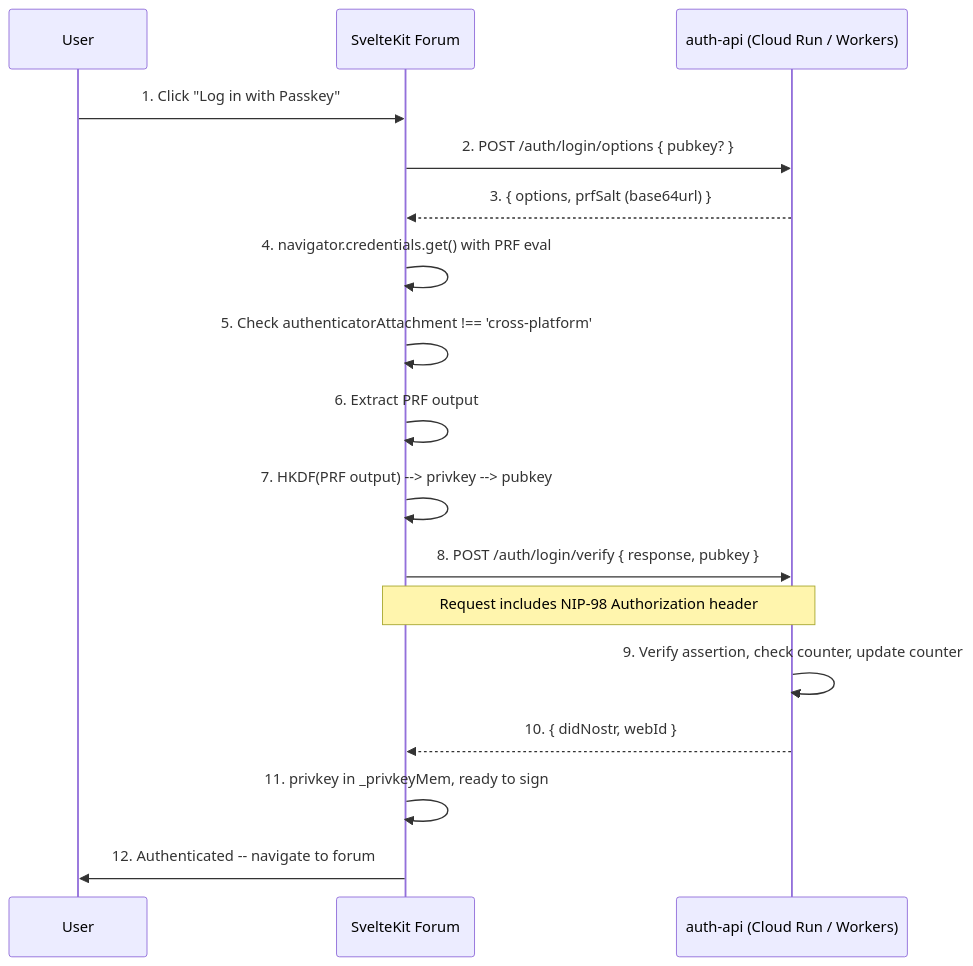
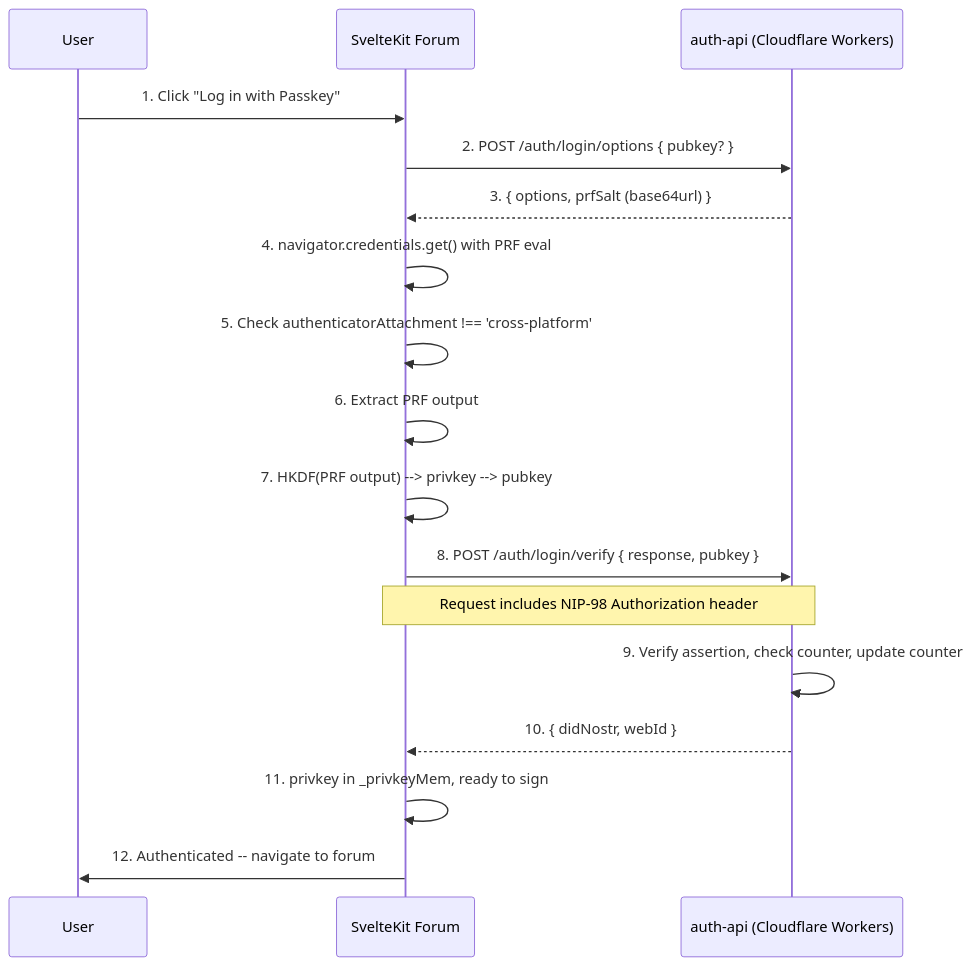
The second of 2 diagrams in docs/features/authentication.md (DreamLab-AI/dreamlab-ai-website), drawn with Mermaid before and after one commit. The commit also changed other lines of this file and 36 other files, not shown here.

First line of the commit message:
Update 37 docs files: remove GCP references, reflect Cloudflare Workers architecture

````diff
--- a/docs/features/authentication.md
+++ b/docs/features/authentication.md
@@ -103,23 +103,23 @@
 ```mermaid
 sequenceDiagram
     participant User
     participant Client as SvelteKit Forum
-    participant AuthAPI as auth-api (Cloud Run / Workers)
+    participant AuthAPI as auth-api (Cloudflare Workers)
 
     User->>Client: 1. Click "Log in with Passkey"
     Client->>AuthAPI: 2. POST /auth/login/options { pubkey? }
     AuthAPI-->>Client: 3. { options, prfSalt (base64url) }
 
     Client->>Client: 4. navigator.credentials.get() with PRF eval
     Client->>Client: 5. Check authenticatorAttachment !== 'cross-platform'
     Client->>Client: 6. Extract PRF output
     Client->>Client: 7. HKDF(PRF output) --> privkey --> pubkey
 
     Client->>AuthAPI: 8. POST /auth/login/verify { response, pubkey }
     Note over Client,AuthAPI: Request includes NIP-98 Authorization header
     AuthAPI->>AuthAPI: 9. Verify assertion, check counter, update counter
     AuthAPI-->>Client: 10. { didNostr, webId }
 
     Client->>Client: 11. privkey in _privkeyMem, ready to sign
     Client->>User: 12. Authenticated -- navigate to forum
 ```
````
